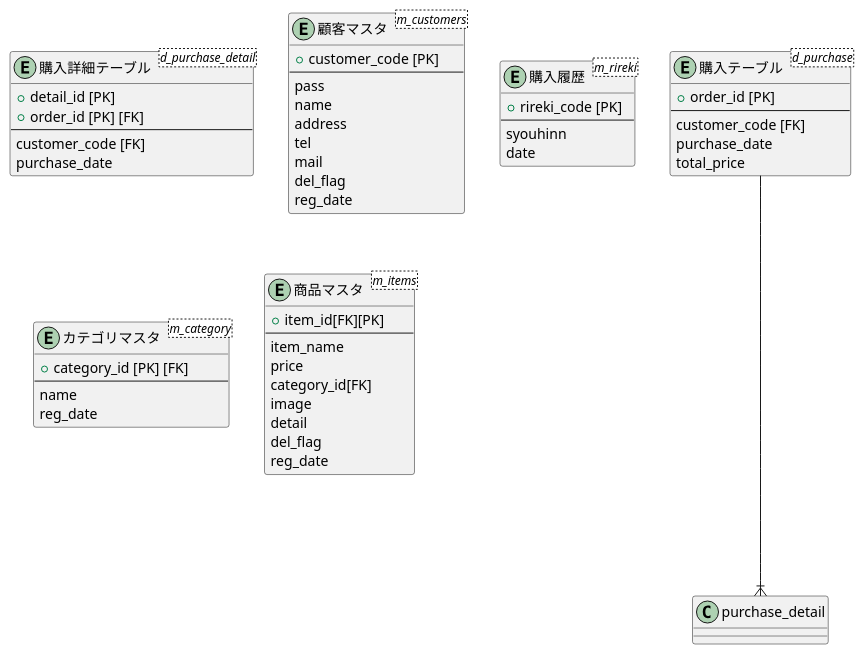
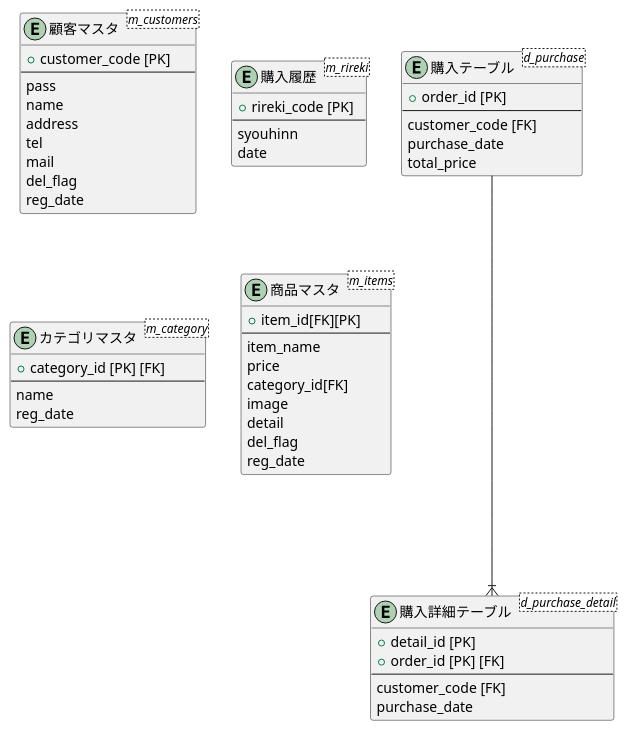
The diagram in db/original/ER.md (aso2001036/2021sys-design), drawn with PlantUML before and after one commit.

````diff
--- a/db/original/ER.md
+++ b/db/original/ER.md
@@ -1,59 +1,59 @@
 ```puml
 @startuml
 entity "購入テーブル" as purchase <d_purchase> {
 + order_id [PK]
 --
 customer_code [FK]
 purchase_date
 total_price
 }
 
 entity "購入詳細テーブル" as purcher_detail <d_purchase_detail> {
 + detail_id [PK]
 + order_id [PK] [FK]
 --
 customer_code [FK]
 purchase_date
 }
 
 entity "顧客マスタ" as customer <m_customers> {
 + customer_code [PK]
 --
 pass
 name
 address
 tel
 mail
 del_flag
 reg_date
 }
 
 entity "購入履歴" as rireki <m_rireki> {
 + rireki_code [PK]
 --
 syouhinn
 date
 }
 
 entity "カテゴリマスタ" as category <m_category> {
 + category_id [PK] [FK]
 --
 name
 reg_date
 }
 
 entity "商品マスタ" as items <m_items> {
 + item_id[FK][PK]
 --
 item_name
 price
 category_id[FK]
 image
 detail
 del_flag
 reg_date
 }
 
-purchase ----|{ purchase_detail
+purchase ----|{ purcher_detail
 @enduml
 ```
````
